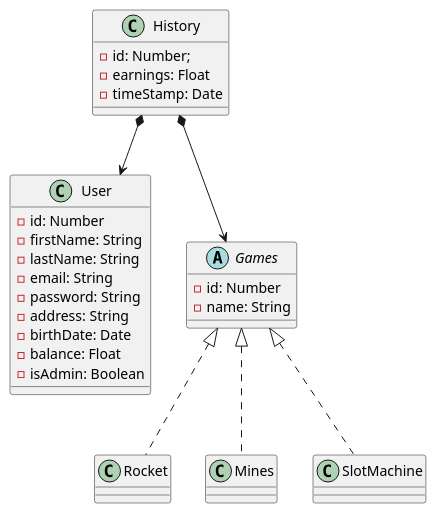
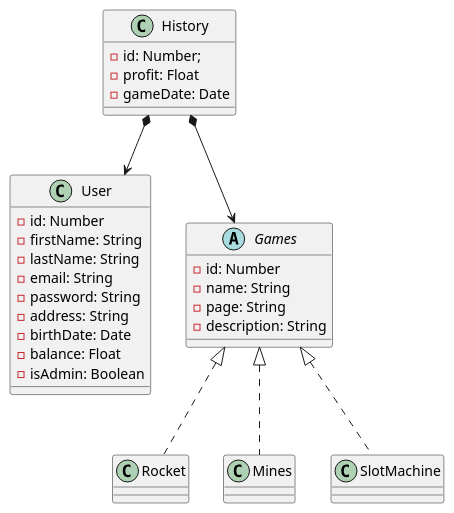
One commit to jojo-jrd/Ensimag-CasiDio changed the third of 3 diagrams in README.md. Above: the diagram before and after it, drawn with PlantUML. The commit also changed other lines of this file and 7 other files, not shown here.

````diff
--- a/README.md
+++ b/README.md
@@ -145,35 +148,37 @@
 ```plantuml
 class User{
   -id: Number
   -firstName: String
   -lastName: String
   -email: String
   -password: String
   -address: String
   -birthDate: Date
   -balance: Float
   -isAdmin: Boolean
 }
 
 abstract Games{
   -id: Number
   -name: String
+  -page: String
+  -description: String
 }
 
 class Rocket implements Games{
 }
 class Mines implements Games{
 }
 class SlotMachine implements Games{
 }
 
 class History{
  -id: Number;
- -earnings: Float
- -timeStamp: Date
+ -profit: Float
+ -gameDate: Date
 }
 
 
 History *--> User
 History *--> Games
 ```
````
